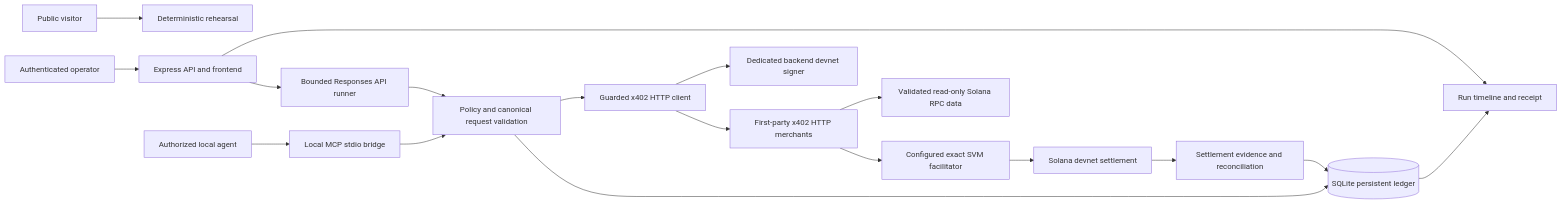
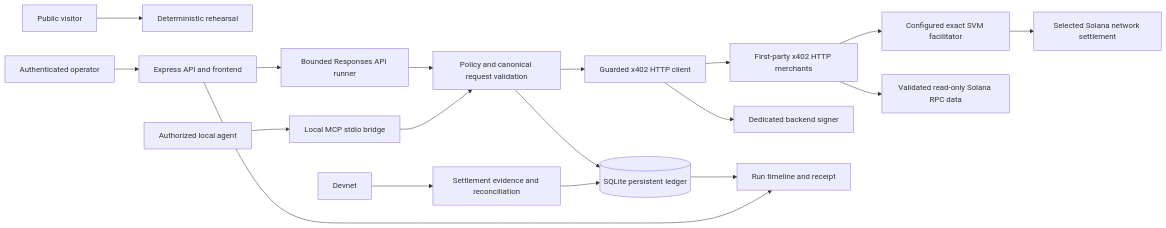
One commit to operatoruplift/allowance changed the first of 2 diagrams in docs/architecture.md. Above: the diagram before and after it, drawn with Mermaid. The commit also changed other lines of this file and 158 other files, not shown here.

````diff
--- a/docs/architecture.md
+++ b/docs/architecture.md
@@ -5,20 +5,20 @@
 ```mermaid
 flowchart LR
   Public[Public visitor] --> Demo[Deterministic rehearsal]
   Operator[Authenticated operator] --> Express[Express API and frontend]
   Express --> Runner[Bounded Responses API runner]
   Runner --> Guard[Policy and canonical request validation]
   Guard --> Ledger[(SQLite persistent ledger)]
   Guard --> Client[Guarded x402 HTTP client]
   Client --> Merchant[First-party x402 HTTP merchants]
-  Client --> Signer[Dedicated backend devnet signer]
+  Client --> Signer[Dedicated backend signer]
   Merchant --> Facilitator[Configured exact SVM facilitator]
-  Facilitator --> Devnet[Solana devnet settlement]
+  Facilitator --> Chain[Selected Solana network settlement]
   Merchant --> Data[Validated read-only Solana RPC data]
   Devnet --> Reconcile[Settlement evidence and reconciliation]
   Reconcile --> Ledger
   Ledger --> Receipt[Run timeline and receipt]
   Express --> Receipt
   External[Authorized local agent] --> MCP[Local MCP stdio bridge]
   MCP --> Guard
 ```
````
